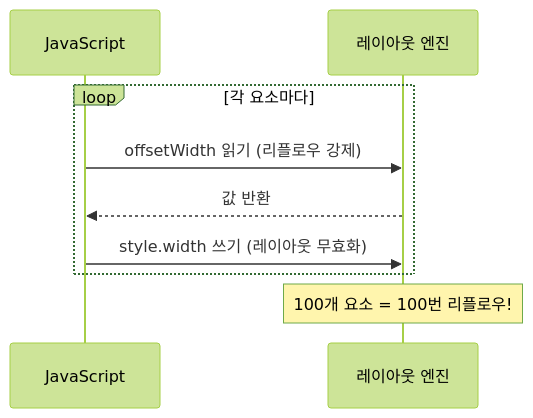
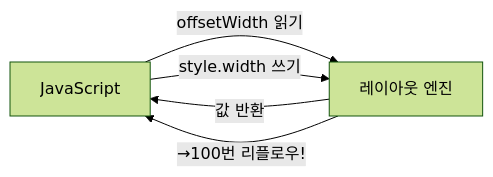
The seventh of 10 diagrams in _posts/frontend/2026-05-02-browser-rendering.md (yjkim2015/yjkim2015.github.io), drawn with Mermaid (forest theme) before and after one commit. The commit also changed 32 other files, not shown here.

First line of the commit message:
sequenceDiagram 82개 → graph LR 변환 완료

````diff
--- a/_posts/frontend/2026-05-02-browser-rendering.md
+++ b/_posts/frontend/2026-05-02-browser-rendering.md
@@ -236,11 +236,7 @@
 ```mermaid
-sequenceDiagram
-    participant JS as JavaScript
-    participant LAYOUT as 레이아웃 엔진
-    loop 각 요소마다
-        JS->>LAYOUT: offsetWidth 읽기 (리플로우 강제)
-        LAYOUT-->>JS: 값 반환
-        JS->>LAYOUT: style.width 쓰기 (레이아웃 무효화)
-    end
-    Note over LAYOUT: 100개 요소 = 100번 리플로우!
+graph LR
+    JS["JavaScript"] -->|"offsetWidth 읽기"| LAYOUT["레이아웃 엔진"]
+    LAYOUT -->|"값 반환"| JS
+    JS -->|"style.width 쓰기"| LAYOUT
+    LAYOUT -->|"→100번 리플로우!"| JS
 ```
````
